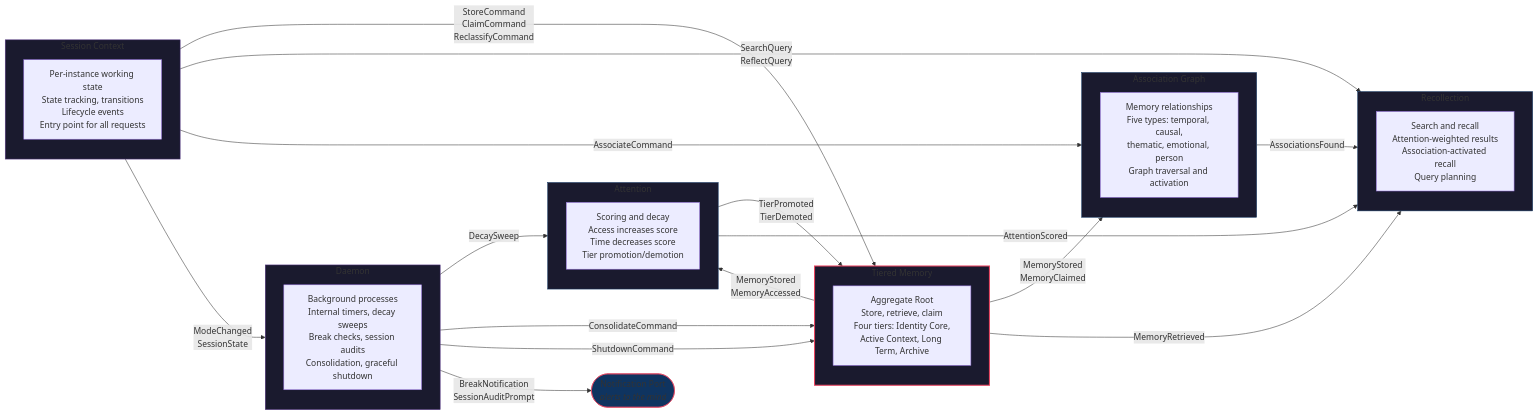
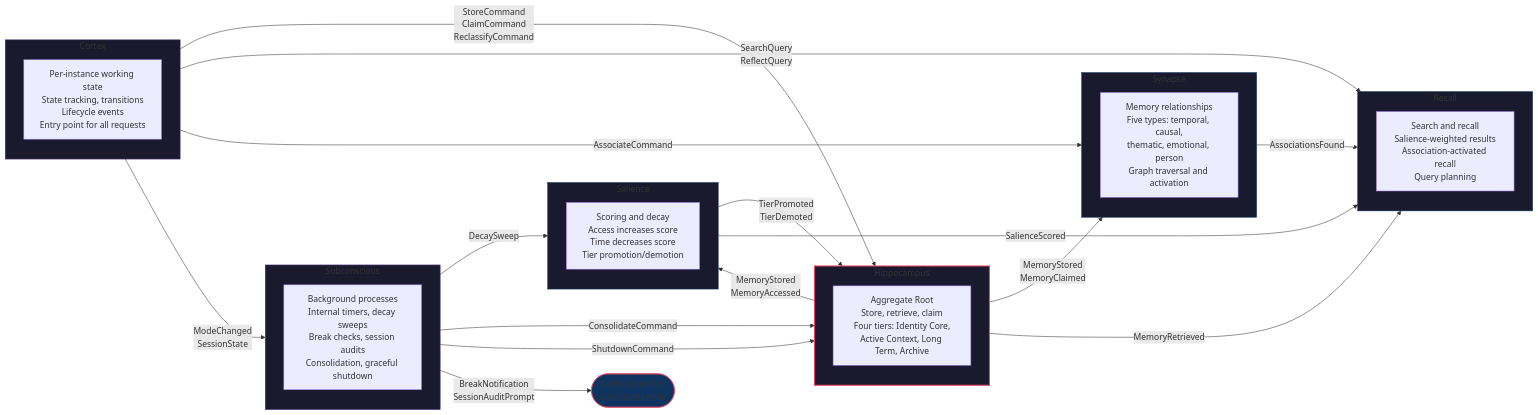
One commit to Mimis-Gildi/mcp-total-recall changed the diagram in site/_includes/diagrams/bc-0001-bounded-contexts.mmd. Above: the diagram before and after it, drawn with Mermaid. The commit also changed 31 other files, not shown here.

```diff
--- a/site/_includes/diagrams/bc-0001-bounded-contexts.mmd
+++ b/site/_includes/diagrams/bc-0001-bounded-contexts.mmd
@@ -1,49 +1,49 @@
 graph LR
-    subgraph Tiered_Memory ["Tiered Memory"]
-        TM_DESC["Aggregate Root<br/>Store, retrieve, claim<br/>Four tiers: Identity Core,<br/>Active Context, Long Term, Archive"]
+    subgraph Hippocampus ["Hippocampus"]
+        HP_DESC["Aggregate Root<br/>Store, retrieve, claim<br/>Four tiers: Identity Core,<br/>Active Context, Long Term, Archive"]
     end
 
-    subgraph Association_Graph ["Association Graph"]
-        AG_DESC["Memory relationships<br/>Five types: temporal, causal,<br/>thematic, emotional, person<br/>Graph traversal and activation"]
+    subgraph Synapse ["Synapse"]
+        SY_DESC["Memory relationships<br/>Five types: temporal, causal,<br/>thematic, emotional, person<br/>Graph traversal and activation"]
     end
 
-    subgraph Attention ["Attention"]
-        AT_DESC["Scoring and decay<br/>Access increases score<br/>Time decreases score<br/>Tier promotion/demotion"]
+    subgraph Salience ["Salience"]
+        SL_DESC["Scoring and decay<br/>Access increases score<br/>Time decreases score<br/>Tier promotion/demotion"]
     end
 
-    subgraph Recollection ["Recollection"]
-        RE_DESC["Search and recall<br/>Attention-weighted results<br/>Association-activated recall<br/>Query planning"]
+    subgraph Recall ["Recall"]
+        RC_DESC["Search and recall<br/>Salience-weighted results<br/>Association-activated recall<br/>Query planning"]
     end
 
-    subgraph Session_Context ["Session Context"]
-        SC_DESC["Per-instance working state<br/>State tracking, transitions<br/>Lifecycle events<br/>Entry point for all requests"]
+    subgraph Cortex ["Cortex"]
+        CX_DESC["Per-instance working state<br/>State tracking, transitions<br/>Lifecycle events<br/>Entry point for all requests"]
     end
 
-    subgraph Daemon ["Daemon"]
-        DA_DESC["Background processes<br/>Internal timers, decay sweeps<br/>Break checks, session audits<br/>Consolidation, graceful shutdown"]
+    subgraph Subconscious ["Subconscious"]
+        SB_DESC["Background processes<br/>Internal timers, decay sweeps<br/>Break checks, session audits<br/>Consolidation, graceful shutdown"]
     end
 
     NP(["Notification Port<br/><i>alerts to the mind</i>"])
 
-    Tiered_Memory -- "MemoryStored<br/>MemoryClaimed" --> Association_Graph
-    Tiered_Memory -- "MemoryStored<br/>MemoryAccessed" --> Attention
-    Attention -- "TierPromoted<br/>TierDemoted" --> Tiered_Memory
-    Association_Graph -- "AssociationsFound" --> Recollection
-    Attention -- "AttentionScored" --> Recollection
-    Tiered_Memory -- "MemoryRetrieved" --> Recollection
-    Session_Context -- "StoreCommand<br/>ClaimCommand<br/>ReclassifyCommand" --> Tiered_Memory
-    Session_Context -- "SearchQuery<br/>ReflectQuery" --> Recollection
-    Session_Context -- "AssociateCommand" --> Association_Graph
-    Session_Context -- "ModeChanged<br/>SessionState" --> Daemon
-    Daemon -- "DecaySweep" --> Attention
-    Daemon -- "ConsolidateCommand" --> Tiered_Memory
-    Daemon -- "ShutdownCommand" --> Tiered_Memory
-    Daemon -- "BreakNotification<br/>SessionAuditPrompt" --> NP
+    Hippocampus -- "MemoryStored<br/>MemoryClaimed" --> Synapse
+    Hippocampus -- "MemoryStored<br/>MemoryAccessed" --> Salience
+    Salience -- "TierPromoted<br/>TierDemoted" --> Hippocampus
+    Synapse -- "AssociationsFound" --> Recall
+    Salience -- "SalienceScored" --> Recall
+    Hippocampus -- "MemoryRetrieved" --> Recall
+    Cortex -- "StoreCommand<br/>ClaimCommand<br/>ReclassifyCommand" --> Hippocampus
+    Cortex -- "SearchQuery<br/>ReflectQuery" --> Recall
+    Cortex -- "AssociateCommand" --> Synapse
+    Cortex -- "ModeChanged<br/>SessionState" --> Subconscious
+    Subconscious -- "DecaySweep" --> Salience
+    Subconscious -- "ConsolidateCommand" --> Hippocampus
+    Subconscious -- "ShutdownCommand" --> Hippocampus
+    Subconscious -- "BreakNotification<br/>SessionAuditPrompt" --> NP
 
-    style Tiered_Memory fill:#1a1a2e,stroke:#e94560,stroke-width:2px
-    style Association_Graph fill:#1a1a2e,stroke:#0f3460,stroke-width:1px
-    style Attention fill:#1a1a2e,stroke:#0f3460,stroke-width:1px
-    style Recollection fill:#1a1a2e,stroke:#0f3460,stroke-width:1px
-    style Session_Context fill:#1a1a2e,stroke:#533483,stroke-width:1px
-    style Daemon fill:#1a1a2e,stroke:#533483,stroke-width:1px
+    style Hippocampus fill:#1a1a2e,stroke:#e94560,stroke-width:2px
+    style Synapse fill:#1a1a2e,stroke:#0f3460,stroke-width:1px
+    style Salience fill:#1a1a2e,stroke:#0f3460,stroke-width:1px
+    style Recall fill:#1a1a2e,stroke:#0f3460,stroke-width:1px
+    style Cortex fill:#1a1a2e,stroke:#533483,stroke-width:1px
+    style Subconscious fill:#1a1a2e,stroke:#533483,stroke-width:1px
     style NP fill:#0f3460,stroke:#e94560,stroke-width:1px
```
